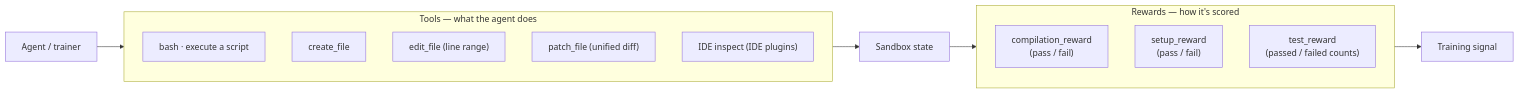
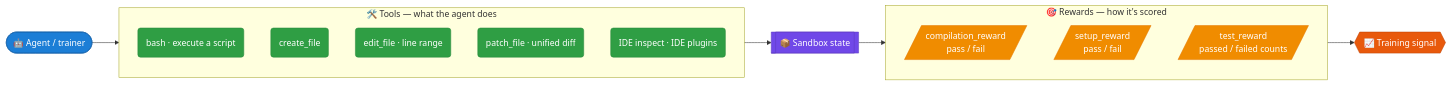
The diagram in website/docs/architecture/rewards-tools.md (JetBrains-Research/idegym), drawn with Mermaid before and after one commit. The commit also changed 10 other files, not shown here.

First line of the commit message:
[JBRes-9938] restyle diagrams: shapes, colors, aligned labels; no dead-click nodes

````diff
--- a/website/docs/architecture/rewards-tools.md
+++ b/website/docs/architecture/rewards-tools.md
@@ -14,28 +14,34 @@
 ```mermaid
 flowchart LR
-    subgraph tools["Tools — what the agent does"]
-        bash["bash · execute a script"]
-        cf["create_file"]
-        ef["edit_file (line range)"]
-        pf["patch_file (unified diff)"]
-        inspect["IDE inspect (IDE plugins)"]
+    subgraph tools["🛠️ Tools — what the agent does"]
+        bash("bash · execute a script"):::tool
+        cf("create_file"):::tool
+        ef("edit_file · line range"):::tool
+        pf("patch_file · unified diff"):::tool
+        inspect("IDE inspect · IDE plugins"):::tool
     end
 
-    subgraph rewards["Rewards — how it's scored"]
-        comp["compilation_reward<br/>(pass / fail)"]
-        setup["setup_reward<br/>(pass / fail)"]
-        test["test_reward<br/>(passed / failed counts)"]
+    subgraph rewards["🎯 Rewards — how it's scored"]
+        comp[/"compilation_reward<br/>pass / fail"/]:::build
+        setup[/"setup_reward<br/>pass / fail"/]:::build
+        test[/"test_reward<br/>passed / failed counts"/]:::build
     end
 
-    agent["Agent / trainer"] --> tools --> env["Sandbox state"]
-    env --> rewards --> signal["Training signal"]
+    agent(["🤖 Agent / trainer"]):::client --> tools --> env[["📦 Sandbox state"]]:::pod
+    env --> rewards --> signal{{"📈 Training signal"}}:::ctrl
+
+    classDef tool fill:#2f9e44,stroke:#2b8a3e,color:#fff;
+    classDef build fill:#f08c00,stroke:#e67700,color:#fff;
+    classDef client fill:#1c7ed6,stroke:#1864ab,color:#fff;
+    classDef pod fill:#7048e8,stroke:#5f3dc4,color:#fff;
+    classDef ctrl fill:#e8590c,stroke:#c04405,color:#fff;
 
     click bash "https://github.com/JetBrains-Research/idegym/blob/main/tools/src/idegym/tools/tool_service.py" "tool service source"
     click cf "https://github.com/JetBrains-Research/idegym/blob/main/tools/src/idegym/tools/file_manager.py" "file manager source"
     click ef "https://github.com/JetBrains-Research/idegym/blob/main/tools/src/idegym/tools/file_manager.py" "file manager source"
     click pf "https://github.com/JetBrains-Research/idegym/blob/main/tools/src/idegym/tools/file_manager.py" "file manager source"
     click inspect "https://github.com/JetBrains-Research/idegym/blob/main/plugins/pycharm/src/idegym/plugins/pycharm/server.py" "IDE inspect plugin source"
     click comp "https://github.com/JetBrains-Research/idegym/blob/main/rewards/src/idegym/rewards/compilation_checker.py" "compilation checker source"
     click setup "https://github.com/JetBrains-Research/idegym/blob/main/rewards/src/idegym/rewards/setup_checker.py" "setup checker source"
     click test "https://github.com/JetBrains-Research/idegym/blob/main/rewards/src/idegym/rewards/test_checker.py" "test checker source"
 ```
````
